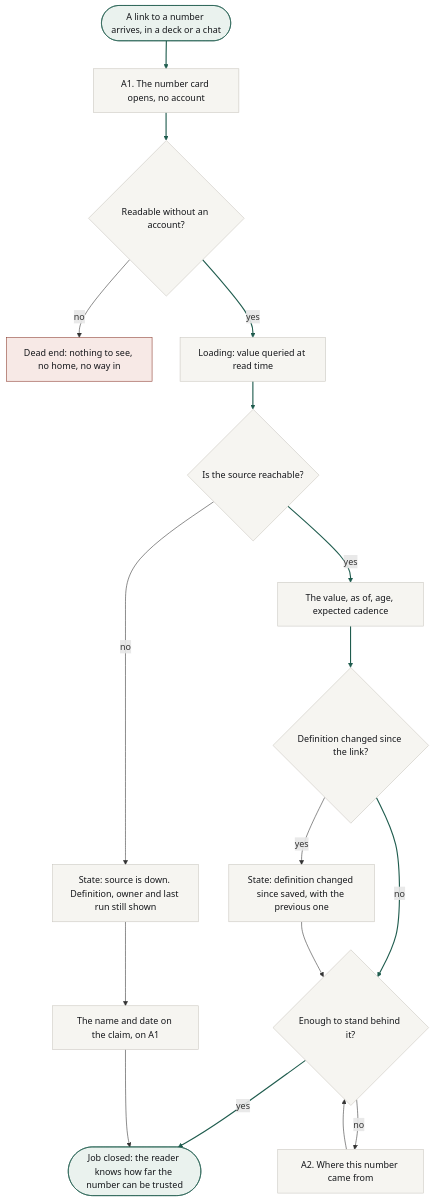
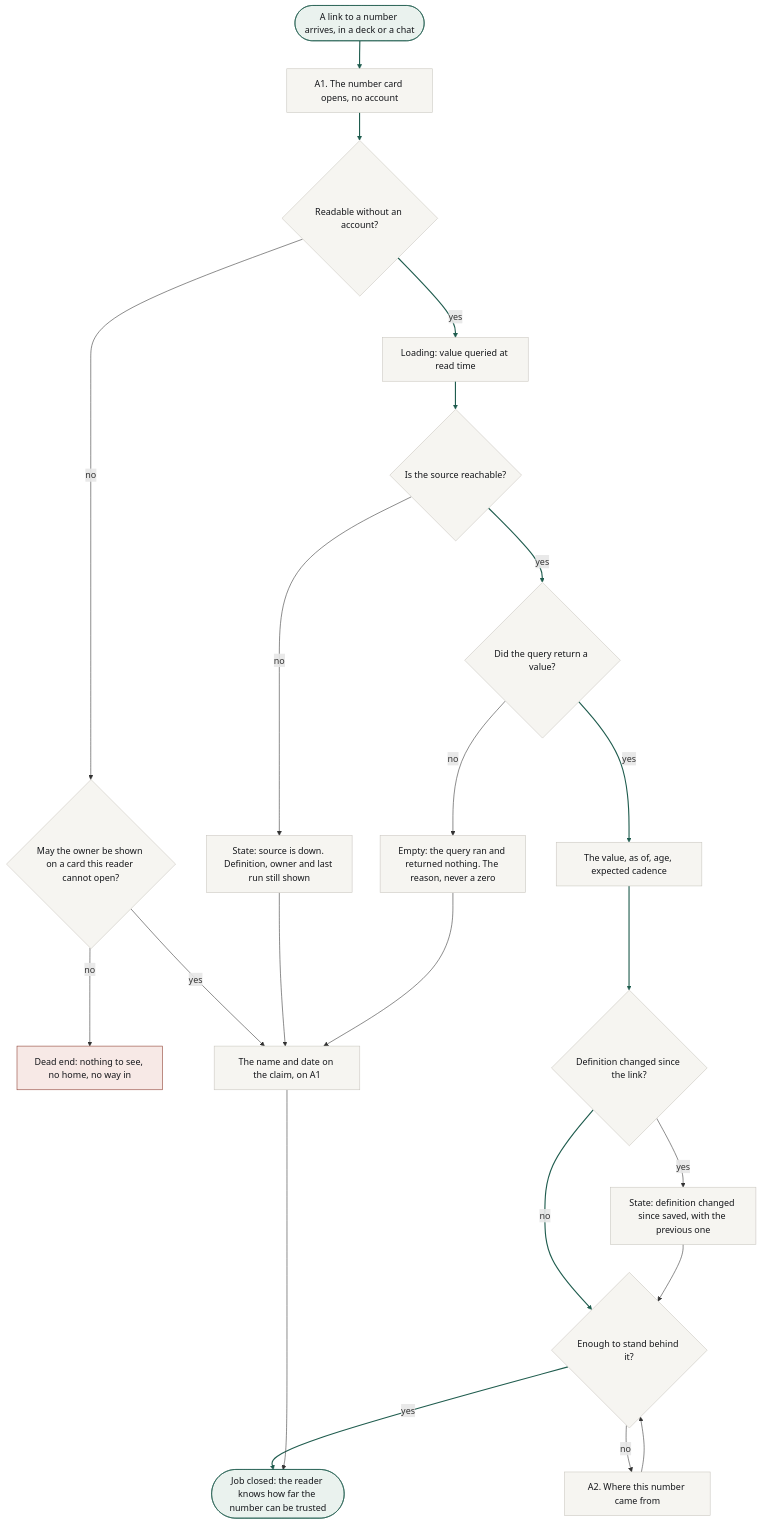
The first of 4 diagrams in ia/docs/flows.md (sergiodesign4u-dot/plumb), drawn with Mermaid before and after one commit. The commit also changed other lines of this file and 5 other files, not shown here.

````diff
--- a/ia/docs/flows.md
+++ b/ia/docs/flows.md
@@ -15,27 +15,32 @@
 ```mermaid
 flowchart TD
     Start(["A link to a number arrives, in a deck or a chat"]) --> A1["A1. The number card opens, no account"]
     A1 --> Perm{"Readable without an account?"}
-    Perm -->|no| Dead1["Dead end: nothing to see, no home, no way in"]
+    Perm -->|no| Own{"May the owner be shown on a card this reader cannot open?"}
+    Own -->|no| Dead1["Dead end: nothing to see, no home, no way in"]
+    Own -->|yes| Who["The name and date on the claim, on A1"]
     Perm -->|yes| Load["Loading: value queried at read time"]
     Load --> Src{"Is the source reachable?"}
     Src -->|no| Down["State: source is down. Definition, owner and last run still shown"]
-    Down --> Who["The name and date on the claim, on A1"]
-    Src -->|yes| Fresh["The value, as of, age, expected cadence"]
+    Down --> Who
+    Src -->|yes| Ret{"Did the query return a value?"}
+    Ret -->|no| Emptyv["Empty: the query ran and returned nothing. The reason, never a zero"]
+    Emptyv --> Who
+    Ret -->|yes| Fresh["The value, as of, age, expected cadence"]
     Fresh --> Chg{"Definition changed since the link?"}
     Chg -->|no| Enough{"Enough to stand behind it?"}
     Chg -->|yes| Changed["State: definition changed since saved, with the previous one"]
     Changed --> Enough
     Enough -->|no| A2["A2. Where this number came from"]
     A2 --> Enough
     Enough -->|yes| Win(["Job closed: the reader knows how far the number can be trusted"])
     Who --> Win
 
     classDef success fill:#eaf2ee,stroke:#1f5c4e,color:#14161a;
     classDef dead fill:#f7e9e6,stroke:#8c3b2e,color:#14161a;
     classDef neutral fill:#f6f5f1,stroke:#c9c6bf,color:#14161a;
     class Start,Win success;
     class Dead1 dead;
-    class A1,Perm,Load,Src,Down,Who,Fresh,Chg,Changed,Enough,A2 neutral;
-    linkStyle 0,1,3,4,7,8,9,14 stroke:#1f5c4e,stroke-width:2px;
+    class A1,Perm,Own,Load,Src,Down,Who,Ret,Emptyv,Fresh,Chg,Changed,Enough,A2 neutral;
+    linkStyle 0,1,5,6,9,12,13,14,19 stroke:#1f5c4e,stroke-width:2px;
 ```
````
